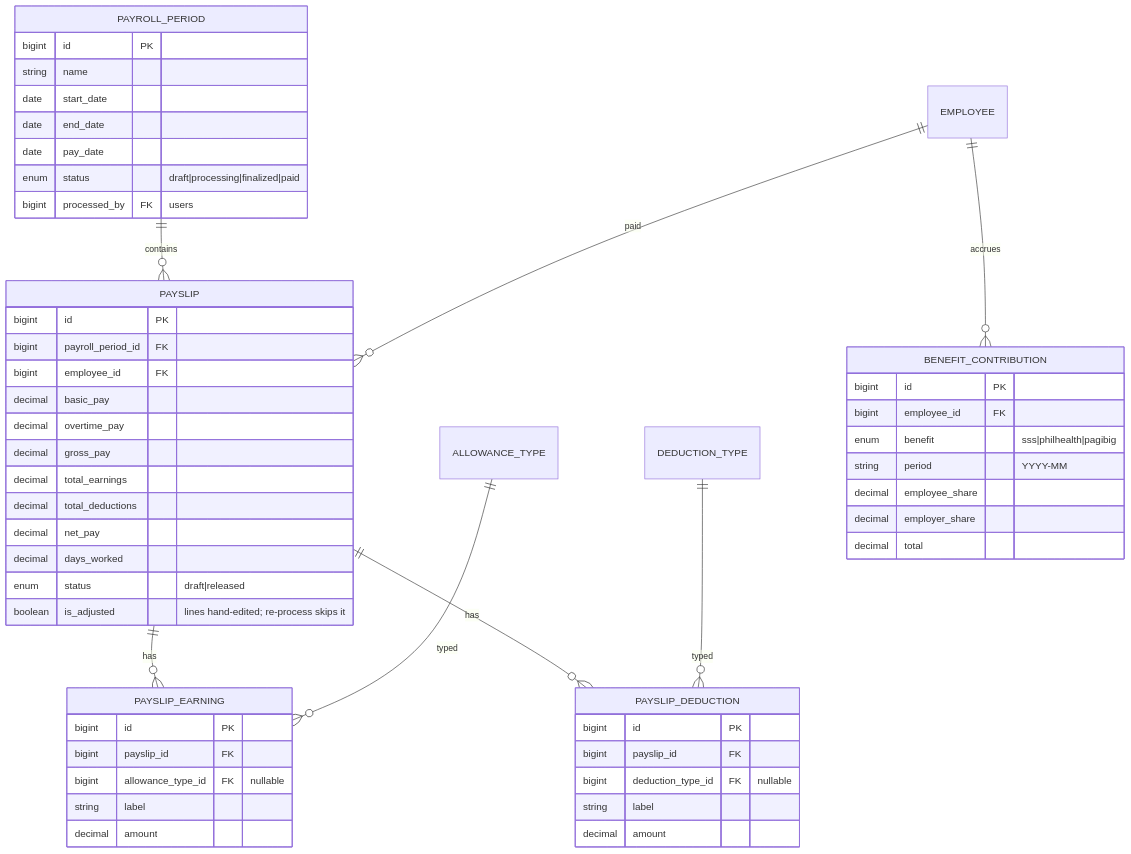
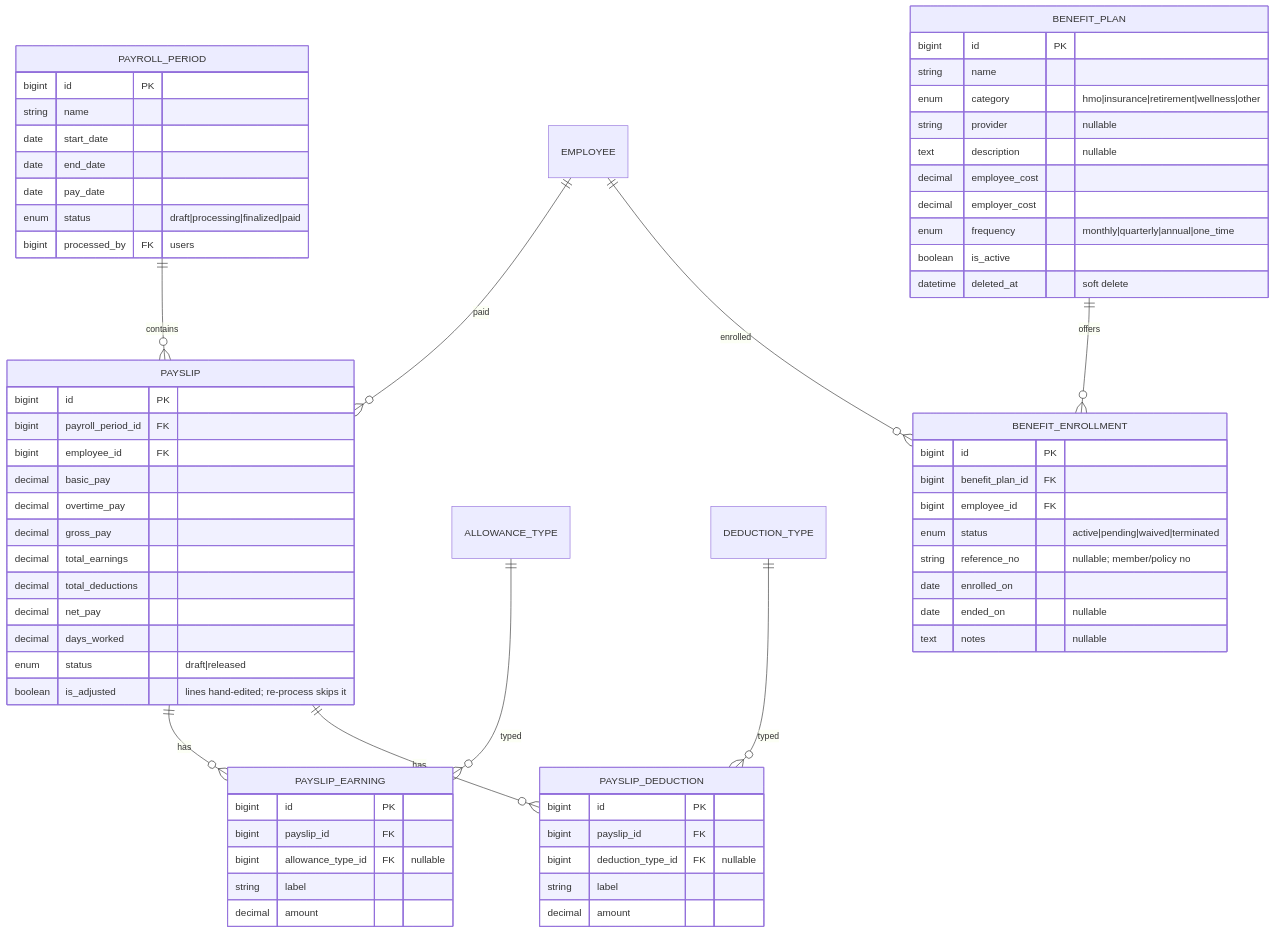
Before and after one commit to earlkian8/synapse: the seventh of 11 diagrams in docs/database/erd.md, drawn with Mermaid. The commit also changed other lines of this file and 42 other files, not shown here.

````diff
--- a/docs/database/erd.md
+++ b/docs/database/erd.md
@@ -540,57 +545,71 @@
 ```mermaid
 erDiagram
     PAYROLL_PERIOD ||--o{ PAYSLIP : contains
     EMPLOYEE ||--o{ PAYSLIP : paid
     PAYSLIP ||--o{ PAYSLIP_EARNING : has
     PAYSLIP ||--o{ PAYSLIP_DEDUCTION : has
     ALLOWANCE_TYPE ||--o{ PAYSLIP_EARNING : typed
     DEDUCTION_TYPE ||--o{ PAYSLIP_DEDUCTION : typed
-    EMPLOYEE ||--o{ BENEFIT_CONTRIBUTION : accrues
+    BENEFIT_PLAN ||--o{ BENEFIT_ENROLLMENT : offers
+    EMPLOYEE ||--o{ BENEFIT_ENROLLMENT : enrolled
 
     PAYROLL_PERIOD {
         bigint id PK
         string name
         date start_date
         date end_date
         date pay_date
         enum status "draft|processing|finalized|paid"
         bigint processed_by FK "users"
     }
     PAYSLIP {
         bigint id PK
         bigint payroll_period_id FK
         bigint employee_id FK
         decimal basic_pay
         decimal overtime_pay
         decimal gross_pay
         decimal total_earnings
         decimal total_deductions
         decimal net_pay
         decimal days_worked
         enum status "draft|released"
         boolean is_adjusted "lines hand-edited; re-process skips it"
     }
     PAYSLIP_EARNING {
         bigint id PK
         bigint payslip_id FK
         bigint allowance_type_id FK "nullable"
         string label
         decimal amount
     }
     PAYSLIP_DEDUCTION {
         bigint id PK
         bigint payslip_id FK
         bigint deduction_type_id FK "nullable"
         string label
         decimal amount
     }
-    BENEFIT_CONTRIBUTION {
+    BENEFIT_PLAN {
         bigint id PK
+        string name
+        enum category "hmo|insurance|retirement|wellness|other"
+        string provider "nullable"
+        text description "nullable"
+        decimal employee_cost
+        decimal employer_cost
+        enum frequency "monthly|quarterly|annual|one_time"
+        boolean is_active
+        datetime deleted_at "soft delete"
+    }
+    BENEFIT_ENROLLMENT {
+        bigint id PK
+        bigint benefit_plan_id FK
         bigint employee_id FK
-        enum benefit "sss|philhealth|pagibig"
-        string period "YYYY-MM"
-        decimal employee_share
-        decimal employer_share
-        decimal total
+        enum status "active|pending|waived|terminated"
+        string reference_no "nullable; member/policy no"
+        date enrolled_on
+        date ended_on "nullable"
+        text notes "nullable"
     }
 ```
````
